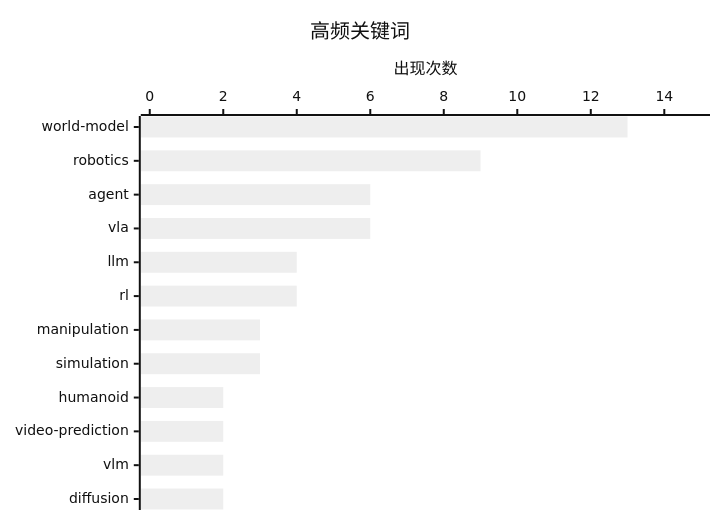
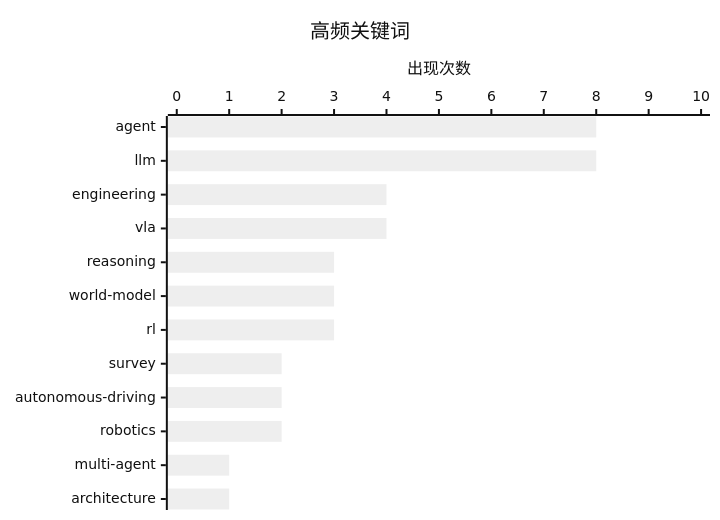
Before and after one commit to kason-huang/ai-daily-digest: the second of 2 diagrams in digest.md, drawn with Mermaid (neutral theme). The commit also changed other lines of this file and 1 other file, not shown here.

````diff
--- a/digest.md
+++ b/digest.md
@@ -72,7 +91,7 @@
 ```mermaid
 xychart-beta horizontal
     title "高频关键词"
-    x-axis ["world-model", "robotics", "agent", "vla", "llm", "rl", "manipulation", "simulation", "humanoid", "video-prediction", "vlm", "diffusion"]
-    y-axis "出现次数" 0 --> 15
-    bar [13, 9, 6, 6, 4, 4, 3, 3, 2, 2, 2, 2]
+    x-axis ["agent", "llm", "engineering", "vla", "reasoning", "world-model", "rl", "survey", "autonomous-driving", "robotics", "multi-agent", "architecture"]
+    y-axis "出现次数" 0 --> 10
+    bar [8, 8, 4, 4, 3, 3, 3, 2, 2, 2, 1, 1]
 ```
````
